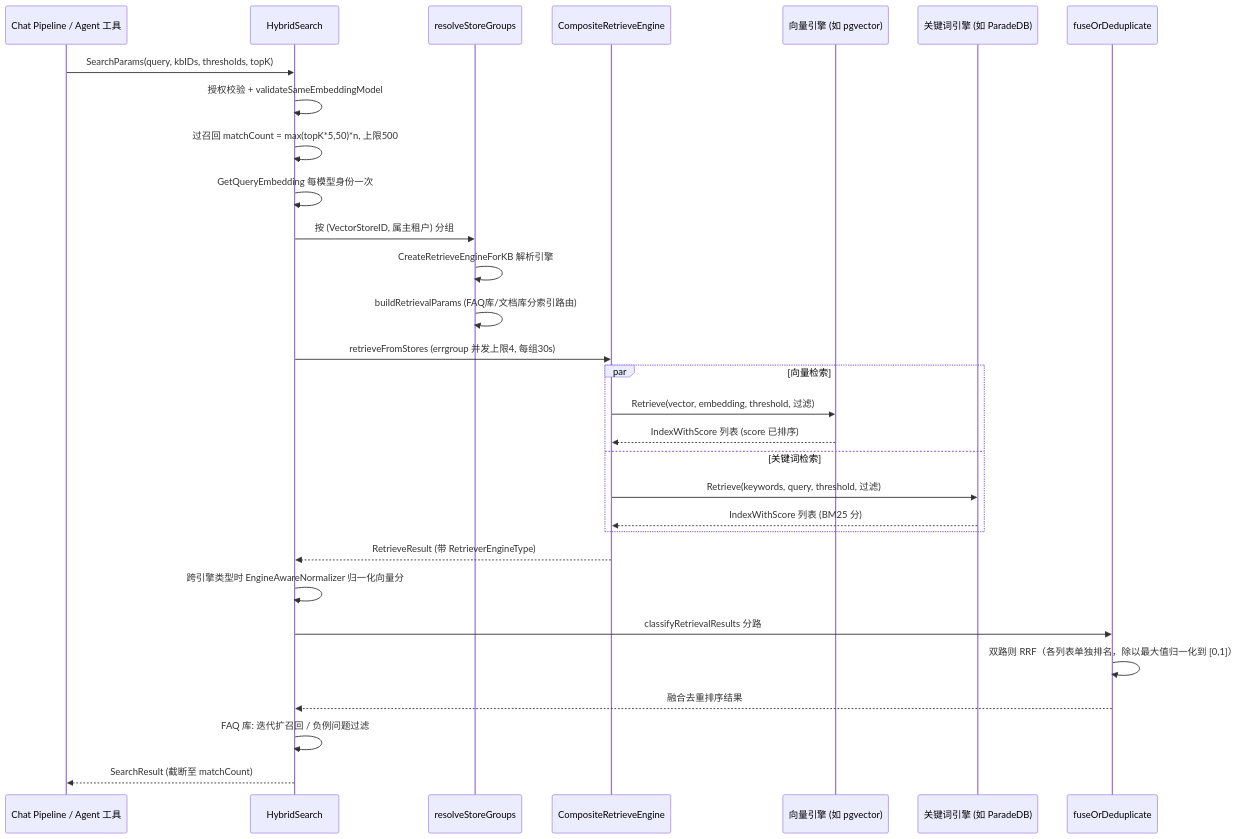
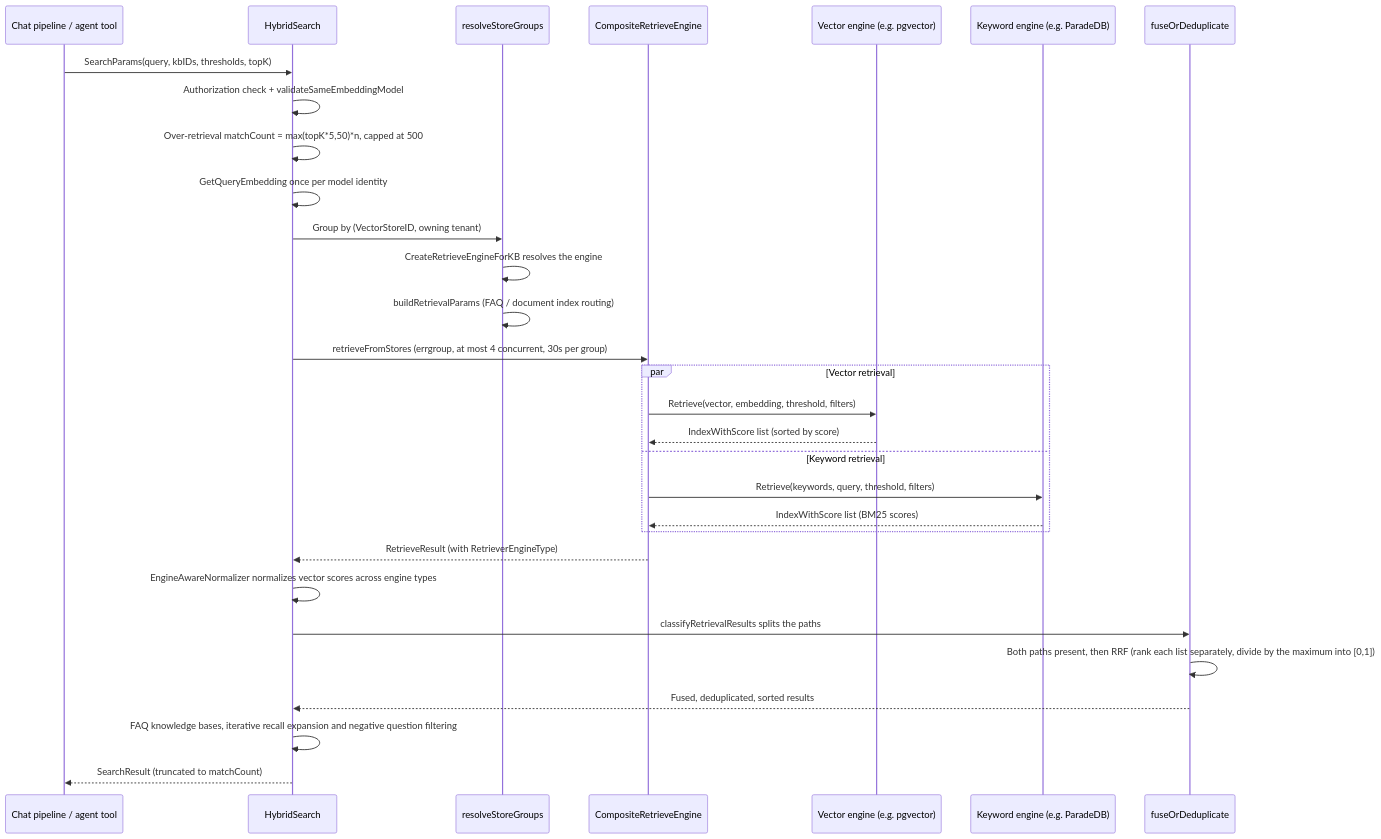
Before and after one commit to jrmatherly/ai-kb: the second of 2 diagrams in website-docs/03-features/05-retrieval-engines.md, drawn with Mermaid. The commit also changed other lines of this file and 5 other files, not shown here.

First line of the commit message:
docs(features): translate batch 2 (tenant auth, chunking, retrieval engines, data sources, observability)

````diff
--- a/website-docs/03-features/05-retrieval-engines.md
+++ b/website-docs/03-features/05-retrieval-engines.md
@@ -274,33 +278,33 @@
 ```mermaid
 sequenceDiagram
-    participant P as Chat Pipeline / Agent 工具
+    participant P as Chat pipeline / agent tool
     participant H as HybridSearch
     participant G as resolveStoreGroups
     participant C as CompositeRetrieveEngine
-    participant V as 向量引擎 (如 pgvector)
-    participant K as 关键词引擎 (如 ParadeDB)
+    participant V as Vector engine (e.g. pgvector)
+    participant K as Keyword engine (e.g. ParadeDB)
     participant F as fuseOrDeduplicate
 
     P->>H: SearchParams(query, kbIDs, thresholds, topK)
-    H->>H: 授权校验 + validateSameEmbeddingModel
-    H->>H: 过召回 matchCount = max(topK*5,50)*n, 上限500
-    H->>H: GetQueryEmbedding 每模型身份一次
-    H->>G: 按 (VectorStoreID, 属主租户) 分组
-    G->>G: CreateRetrieveEngineForKB 解析引擎
-    G->>G: buildRetrievalParams (FAQ库/文档库分索引路由)
-    H->>C: retrieveFromStores (errgroup 并发上限4, 每组30s)
-    par 向量检索
-        C->>V: Retrieve(vector, embedding, threshold, 过滤)
-        V-->>C: IndexWithScore 列表 (score 已排序)
-    and 关键词检索
-        C->>K: Retrieve(keywords, query, threshold, 过滤)
-        K-->>C: IndexWithScore 列表 (BM25 分)
+    H->>H: Authorization check + validateSameEmbeddingModel
+    H->>H: Over-retrieval matchCount = max(topK*5,50)*n, capped at 500
+    H->>H: GetQueryEmbedding once per model identity
+    H->>G: Group by (VectorStoreID, owning tenant)
+    G->>G: CreateRetrieveEngineForKB resolves the engine
+    G->>G: buildRetrievalParams (FAQ / document index routing)
+    H->>C: retrieveFromStores (errgroup, at most 4 concurrent, 30s per group)
+    par Vector retrieval
+        C->>V: Retrieve(vector, embedding, threshold, filters)
+        V-->>C: IndexWithScore list (sorted by score)
+    and Keyword retrieval
+        C->>K: Retrieve(keywords, query, threshold, filters)
+        K-->>C: IndexWithScore list (BM25 scores)
     end
-    C-->>H: RetrieveResult (带 RetrieverEngineType)
-    H->>H: 跨引擎类型时 EngineAwareNormalizer 归一化向量分
-    H->>F: classifyRetrievalResults 分路
-    F->>F: 双路则 RRF（各列表单独排名，除以最大值归一化到 [0,1]）
-    F-->>H: 融合去重排序结果
-    H->>H: FAQ 库: 迭代扩召回 / 负例问题过滤
-    H-->>P: SearchResult (截断至 matchCount)
+    C-->>H: RetrieveResult (with RetrieverEngineType)
+    H->>H: EngineAwareNormalizer normalizes vector scores across engine types
+    H->>F: classifyRetrievalResults splits the paths
+    F->>F: Both paths present, then RRF (rank each list separately, divide by the maximum into [0,1])
+    F-->>H: Fused, deduplicated, sorted results
+    H->>H: FAQ knowledge bases, iterative recall expansion and negative question filtering
+    H-->>P: SearchResult (truncated to matchCount)
 ```
````
